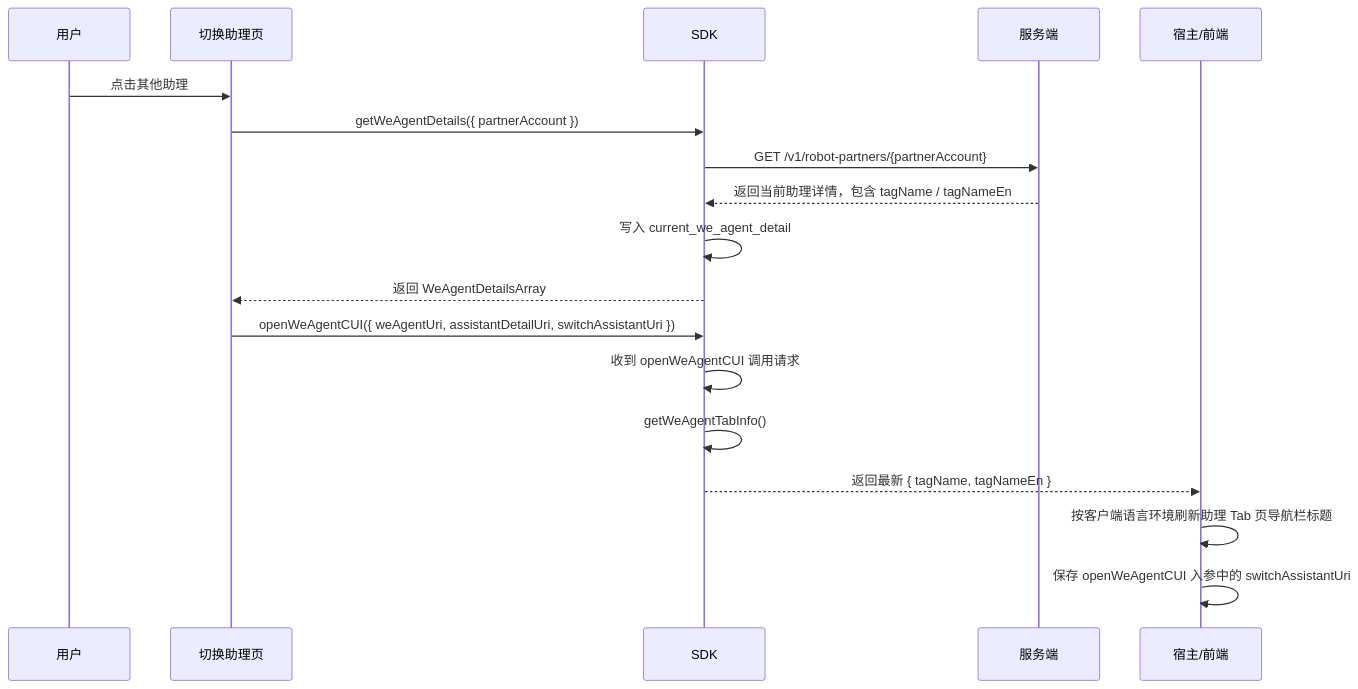
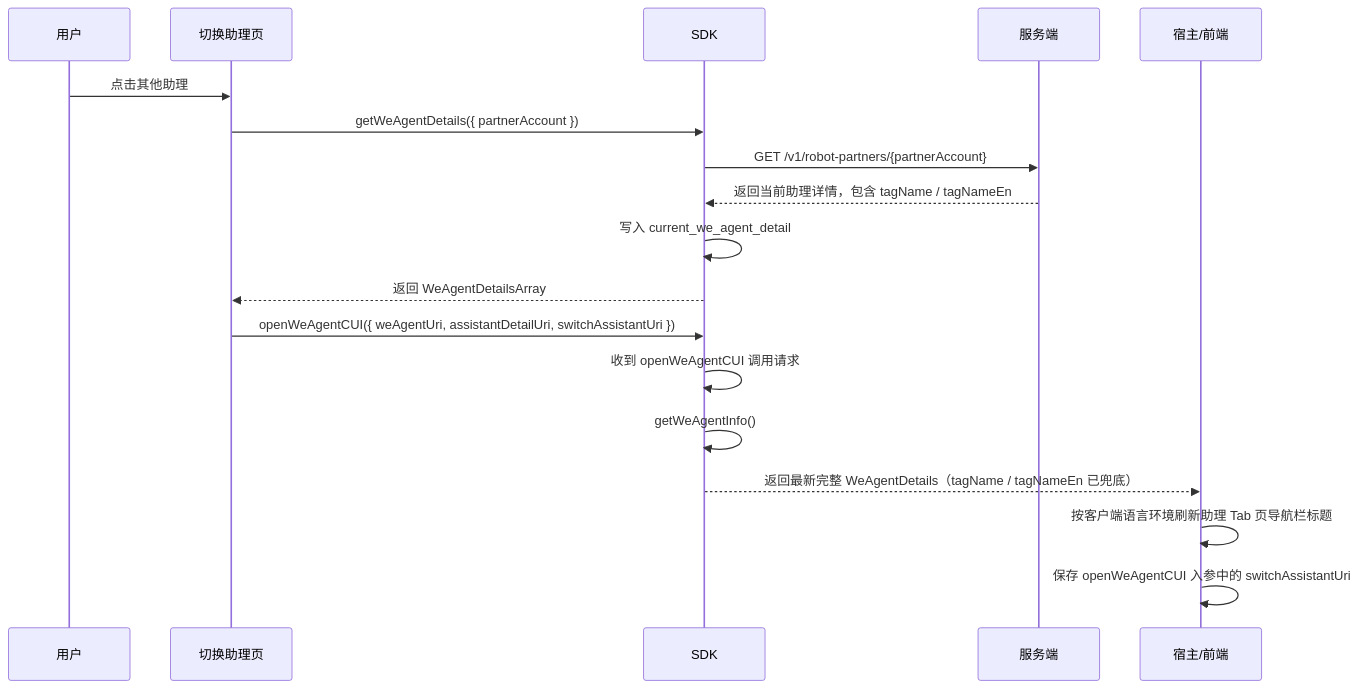
One commit to Abelsjcheng/skillSDK changed the sixth of 7 diagrams in 2026-06-16-we-agent-tab-business-tag-plan.md. Above: the diagram before and after it, drawn with Mermaid. The commit also changed other lines of this file and 10 other files, not shown here.

Commit message:
3端SDK新增getWeAgentInfo

````diff
--- a/2026-06-16-we-agent-tab-business-tag-plan.md
+++ b/2026-06-16-we-agent-tab-business-tag-plan.md
@@ -148,21 +148,21 @@
 ```mermaid
 sequenceDiagram
     participant User as 用户
     participant Switch as 切换助理页
     participant SDK as SDK
     participant Server as 服务端
     participant Host as 宿主/前端
 
     User->>Switch: 点击其他助理
     Switch->>SDK: getWeAgentDetails({ partnerAccount })
     SDK->>Server: GET /v1/robot-partners/{partnerAccount}
     Server-->>SDK: 返回当前助理详情，包含 tagName / tagNameEn
     SDK->>SDK: 写入 current_we_agent_detail
     SDK-->>Switch: 返回 WeAgentDetailsArray
     Switch->>SDK: openWeAgentCUI({ weAgentUri, assistantDetailUri, switchAssistantUri })
     SDK->>SDK: 收到 openWeAgentCUI 调用请求
-    SDK->>SDK: getWeAgentTabInfo()
-    SDK-->>Host: 返回最新 { tagName, tagNameEn }
+    SDK->>SDK: getWeAgentInfo()
+    SDK-->>Host: 返回最新完整 WeAgentDetails（tagName / tagNameEn 已兜底）
     Host->>Host: 按客户端语言环境刷新助理 Tab 页导航栏标题
     Host->>Host: 保存 openWeAgentCUI 入参中的 switchAssistantUri
 ```
````
